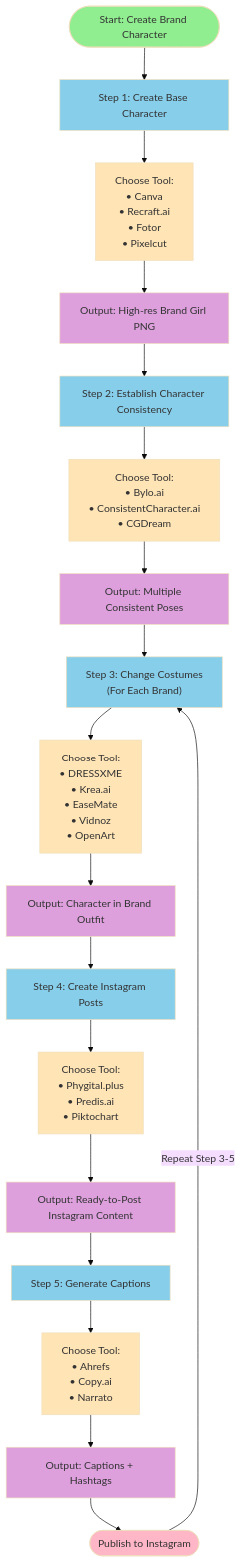
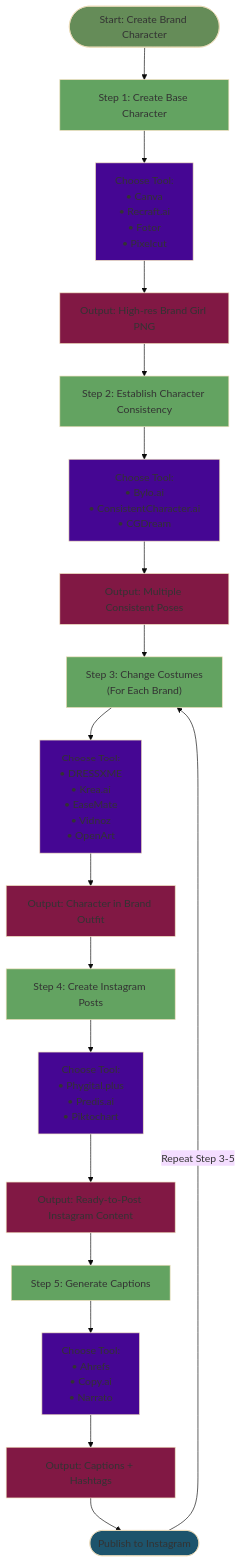
One commit to Jak2/Practicing_the_basics changed the diagram in prep/Mahika/Character design and consistency/Character Research.md. Above: the diagram before and after it, drawn with Mermaid (base theme).

Commit message:
colors updated

````diff
--- a/prep/Mahika/Character design and consistency/Character Research.md
+++ b/prep/Mahika/Character design and consistency/Character Research.md
@@ -3,49 +3,49 @@
 ```mermaid
 flowchart TD
     Start([Start: Create Brand Character]) --> Step1["Step 1: Create Base Character"]
     
     Step1 --> Tools1["Choose Tool:<br/>• Canva<br/>• Recraft.ai<br/>• Fotor<br/>• Pixelcut"]
     Tools1 --> Output1["Output: High-res Brand Girl PNG"]
     
     Output1 --> Step2["Step 2: Establish Character Consistency"]
     
     Step2 --> Tools2["Choose Tool:<br/>• Bylo.ai<br/>• ConsistentCharacter.ai<br/>• CGDream"]
     Tools2 --> Output2["Output: Multiple Consistent Poses"]
     
     Output2 --> Step3["Step 3: Change Costumes<br/>(For Each Brand)"]
     
     Step3 --> Tools3["Choose Tool:<br/>• DRESSXME<br/>• Krea.ai<br/>• EaseMate<br/>• Vidnoz<br/>• OpenArt"]
     Tools3 --> Output3["Output: Character in Brand Outfit"]
     
     Output3 --> Step4["Step 4: Create Instagram Posts"]
     
     Step4 --> Tools4["Choose Tool:<br/>• Phygital.plus<br/>• Predis.ai<br/>• Piktochart"]
     Tools4 --> Output4["Output: Ready-to-Post Instagram Content"]
     
     Output4 --> Step5["Step 5: Generate Captions"]
     
     Step5 --> Tools5["Choose Tool:<br/>• Ahrefs<br/>• Copy.ai<br/>• Narrato"]
     Tools5 --> Output5["Output: Captions + Hashtags"]
     
     Output5 --> End([Publish to Instagram])
     
     End -->|Repeat Step 3-5| Step3
     
-    style Start fill:#90EE90
-    style End fill:#FFB6C6
-    style Step1 fill:#87CEEB
-    style Step2 fill:#87CEEB
-    style Step3 fill:#87CEEB
-    style Step4 fill:#87CEEB
-    style Step5 fill:#87CEEB
-    style Tools1 fill:#FFE4B5
-    style Tools2 fill:#FFE4B5
-    style Tools3 fill:#FFE4B5
-    style Tools4 fill:#FFE4B5
-    style Tools5 fill:#FFE4B5
-    style Output1 fill:#DDA0DD
-    style Output2 fill:#DDA0DD
-    style Output3 fill:#DDA0DD
-    style Output4 fill:#DDA0DD
-    style Output5 fill:#DDA0DD
+    style Start fill:#658C58
+    style End fill:#1D546C
+    style Step1 fill:#63A361
+    style Step2 fill:#63A361
+    style Step3 fill:#63A361
+    style Step4 fill:#63A361
+    style Step5 fill:#63A361
+    style Tools1 fill:#450693
+    style Tools2 fill:#450693
+    style Tools3 fill:#450693
+    style Tools4 fill:#450693
+    style Tools5 fill:#450693
+    style Output1 fill:#811844
+    style Output2 fill:#811844
+    style Output3 fill:#811844
+    style Output4 fill:#811844
+    style Output5 fill:#811844
 ```
````
